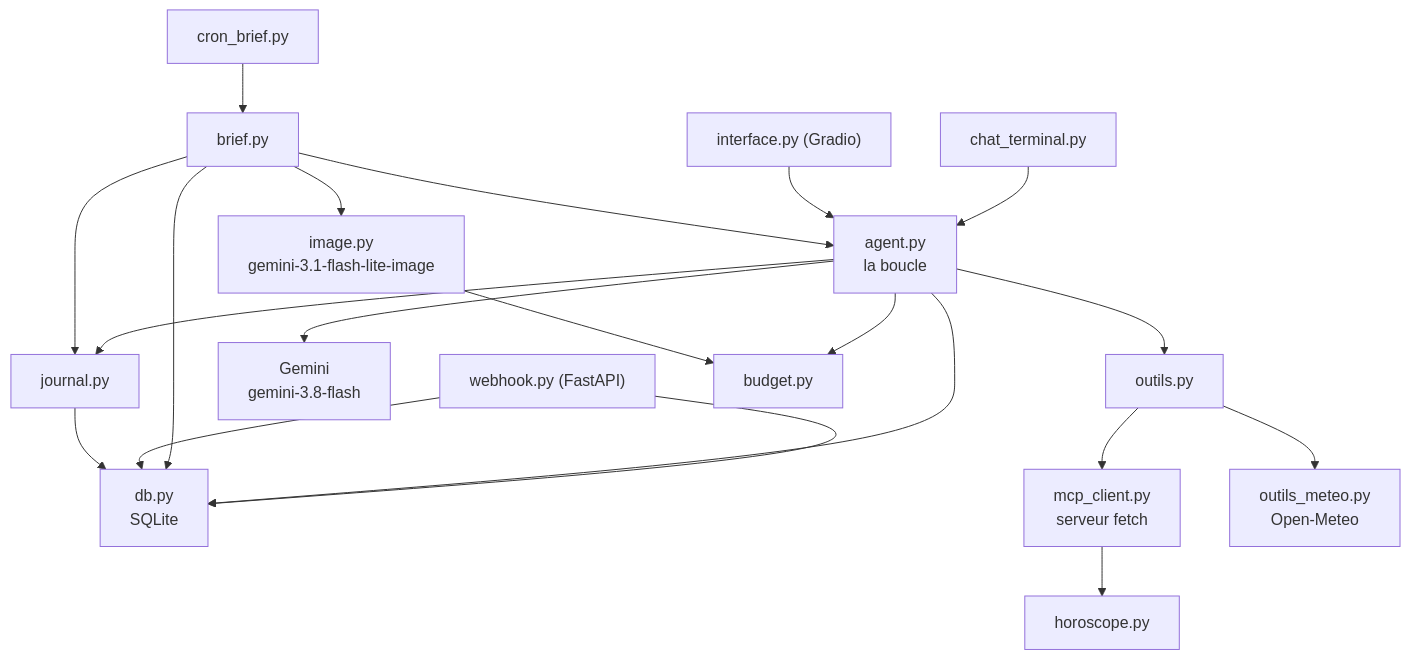
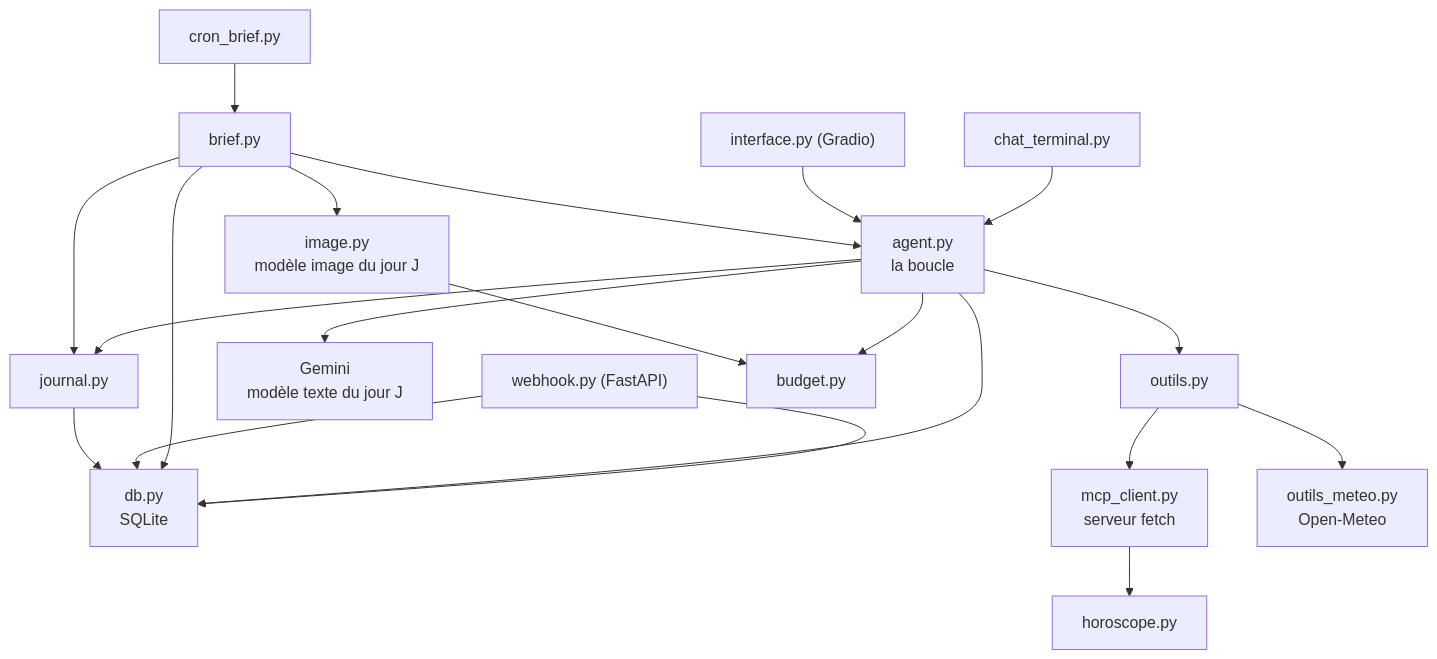
One commit to lecinquiemejour-code/goodvibe-tuto changed the tenth of 38 diagrams in tuto-goodvibe-vibecoding.md. Above: the diagram before and after it, drawn with Mermaid. The commit also changed other lines of this file and 2 other files, not shown here.

Commit message:
Modèles : l'agent recherche ceux que Google recommande au jour J et les propose au pilote

````diff
--- a/tuto-goodvibe-vibecoding.md
+++ b/tuto-goodvibe-vibecoding.md
@@ -387,16 +393,16 @@
 ```mermaid
 flowchart TD
     CHAT["chat_terminal.py"] --> AG
     WEB["interface.py (Gradio)"] --> AG
     CRON["cron_brief.py"] --> BR["brief.py"]
     WH["webhook.py (FastAPI)"] --> DB
     BR --> AG["agent.py<br/>la boucle"]
     AG --> OUT["outils.py"]
-    AG --> GEM["Gemini<br/>gemini-3.8-flash"]
+    AG --> GEM["Gemini<br/>modèle texte du jour J"]
     OUT --> MCP["mcp_client.py<br/>serveur fetch"] --> HOR["horoscope.py"]
     OUT --> MET["outils_meteo.py<br/>Open-Meteo"]
-    BR --> IMG["image.py<br/>gemini-3.1-flash-lite-image"]
+    BR --> IMG["image.py<br/>modèle image du jour J"]
     AG & BR & WH --> DB["db.py<br/>SQLite"]
     AG & BR --> JR["journal.py"] --> DB
     AG & IMG --> BUD["budget.py"]
 ```
````
